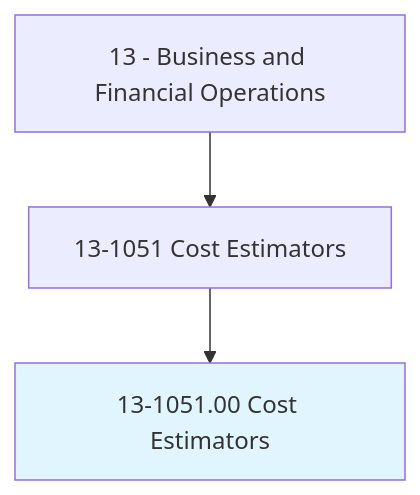
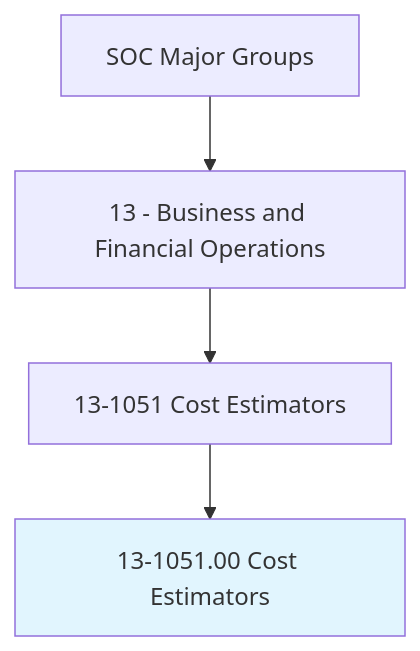
Before and after one commit to kziemski/business.org.ai: the first of 4 diagrams in occupations/Business/CostEstimators.mdx, drawn with Mermaid. The commit also changed other lines of this file and 938 other files, not shown here.

````diff
--- a/occupations/Business/CostEstimators.mdx
+++ b/occupations/Business/CostEstimators.mdx
@@ -19,6 +25,7 @@
 ```mermaid
 graph TD
-    Cat13["13 - Business and Financial Operations"] --> Group131051["13-1051 Cost Estimators"]
-    Group131051 --> Current["13-1051.00 Cost Estimators"]
+    SOC["SOC Major Groups"] --> Cat13["13 - Business and Financial Operations"]
+    Cat13 --> G131051["13-1051 Cost Estimators"]
+    G131051 --> Current["13-1051.00 Cost Estimators"]
     style Current fill:#e1f5fe
 ```
````
